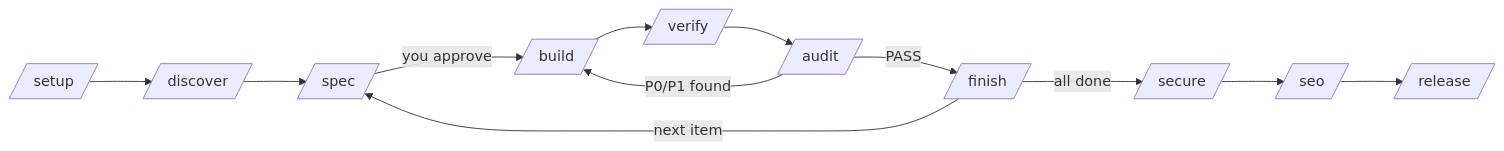
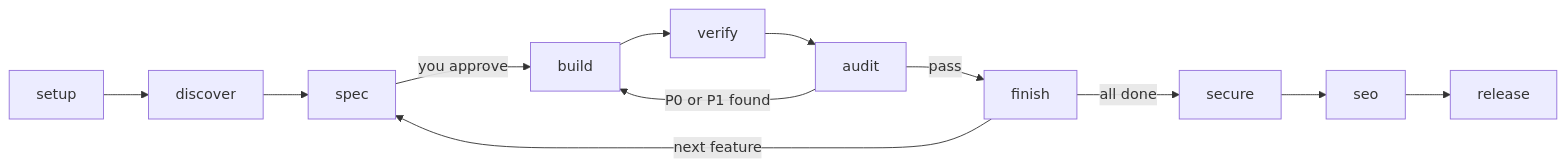
One commit to saidMounaim/agent-skills changed the diagram in README.md. Above: the diagram before and after it, drawn with Mermaid. The commit also changed other lines of this file and 30 other files, not shown here.

````diff
--- a/README.md
+++ b/README.md
@@ -35,14 +54,9 @@
 ```mermaid
 flowchart LR
-  A[/setup/] --> B[/discover/]
-  B --> C[/spec/]
-  C -->|you approve| D[/build/]
-  D --> E[/verify/]
-  E --> F[/audit/]
-  F -->|P0/P1 found| D
-  F -->|PASS| G[/finish/]
-  G -->|next item| C
-  G -->|all done| H[/secure/]
-  H --> I[/seo/]
-  I --> J[/release/]
+  setup --> discover --> spec
+  spec -->|you approve| build --> verify --> audit
+  audit -->|P0 or P1 found| build
+  audit -->|pass| finish
+  finish -->|next feature| spec
+  finish -->|all done| secure --> seo --> release
 ```
````
